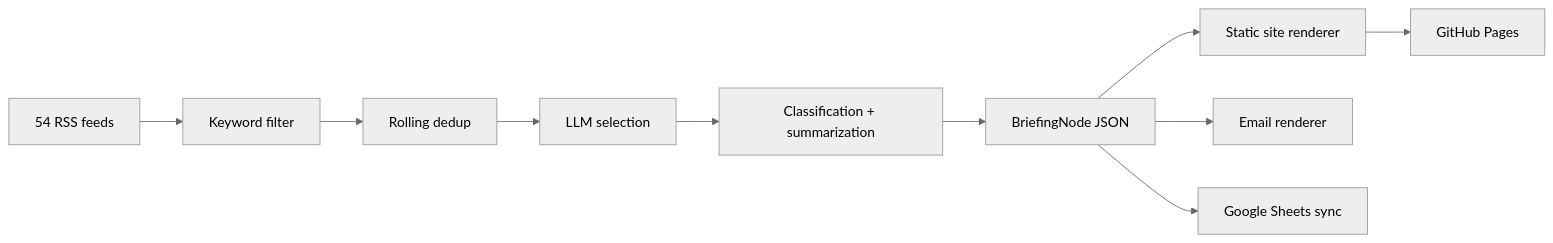
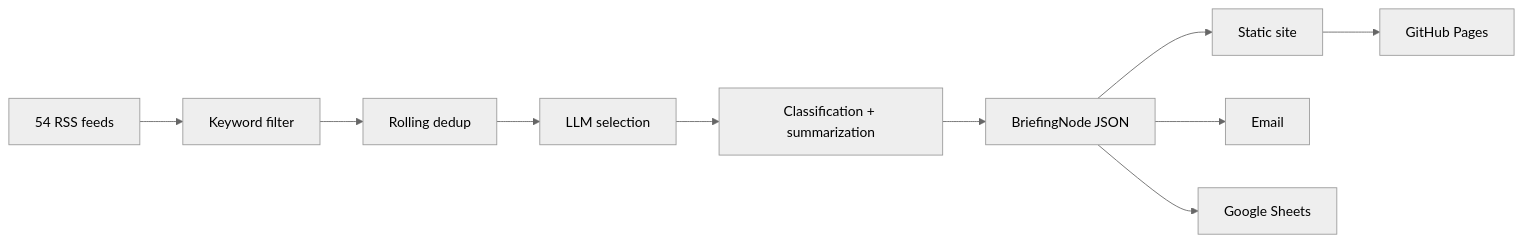
One commit to kipeum86/game-legal-briefing changed the diagram in README.md. Above: the diagram before and after it, drawn with Mermaid (neutral theme). The commit also changed other lines of this file and 1 other file, not shown here.

````diff
--- a/README.md
+++ b/README.md
@@ -179,12 +56,12 @@
 ```mermaid
 flowchart LR
     A["54 RSS feeds"] --> B["Keyword filter"]
     B --> C["Rolling dedup"]
     C --> D["LLM selection"]
     D --> E["Classification + summarization"]
     E --> F["BriefingNode JSON"]
-    F --> G["Static site renderer"]
-    F --> H["Email renderer"]
-    F --> I["Google Sheets sync"]
+    F --> G["Static site"]
+    F --> H["Email"]
+    F --> I["Google Sheets"]
     G --> J["GitHub Pages"]
 ```
````
